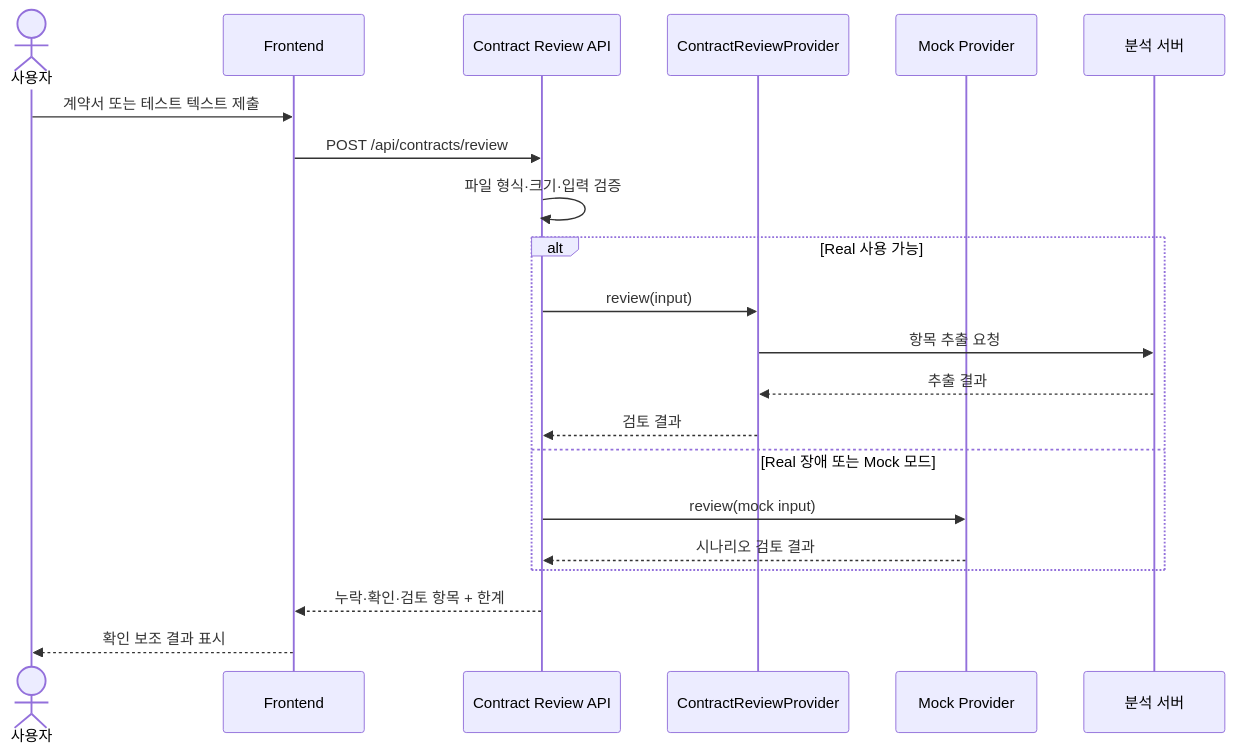
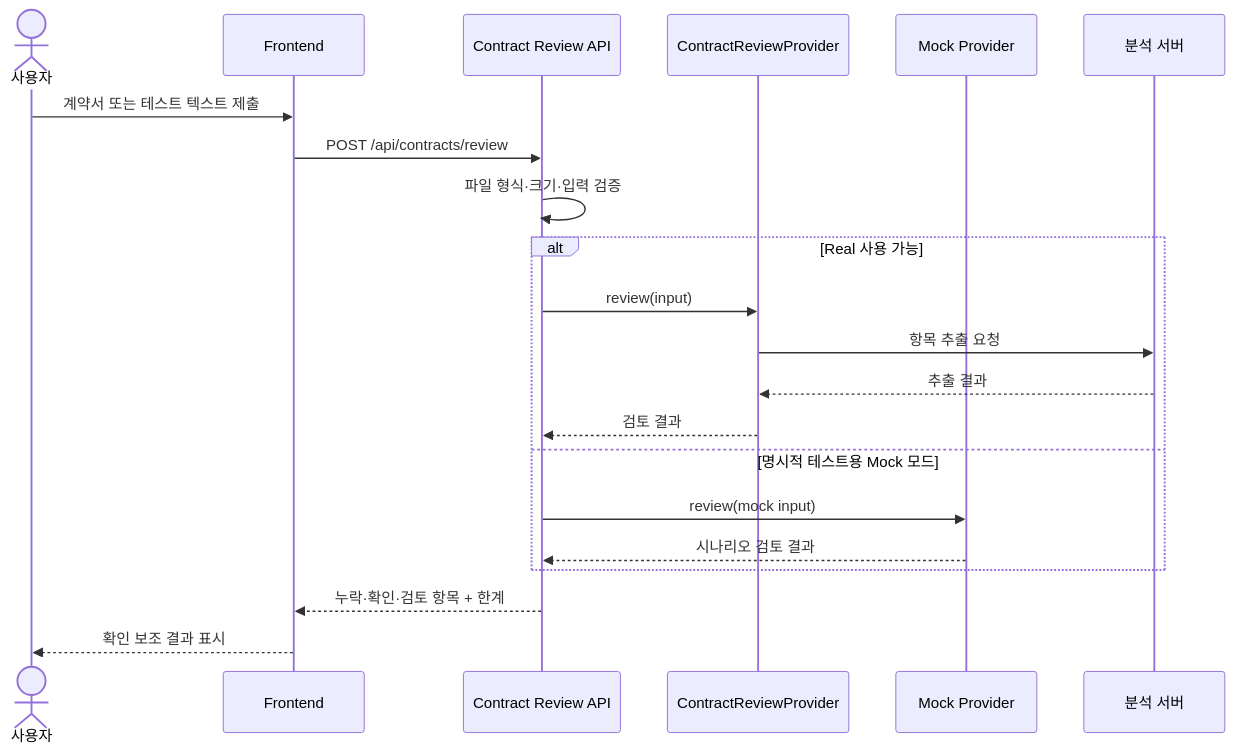
One commit to SeD-ShallweData/2nd_Side2026_Project changed the third of 3 diagrams in product/docs/system-architecture.md. Above: the diagram before and after it, drawn with Mermaid. The commit also changed other lines of this file and 32 other files, not shown here.

````diff
--- a/product/docs/system-architecture.md
+++ b/product/docs/system-architecture.md
@@ -307,24 +315,24 @@
 ```mermaid
 sequenceDiagram
     actor U as 사용자
     participant F as Frontend
     participant A as Contract Review API
     participant P as ContractReviewProvider
     participant M as Mock Provider
     participant E as 분석 서버
 
     U->>F: 계약서 또는 테스트 텍스트 제출
     F->>A: POST /api/contracts/review
     A->>A: 파일 형식·크기·입력 검증
     alt Real 사용 가능
         A->>P: review(input)
         P->>E: 항목 추출 요청
         E-->>P: 추출 결과
         P-->>A: 검토 결과
-    else Real 장애 또는 Mock 모드
+    else 명시적 테스트용 Mock 모드
         A->>M: review(mock input)
         M-->>A: 시나리오 검토 결과
     end
     A-->>F: 누락·확인·검토 항목 + 한계
     F-->>U: 확인 보조 결과 표시
 ```
````
